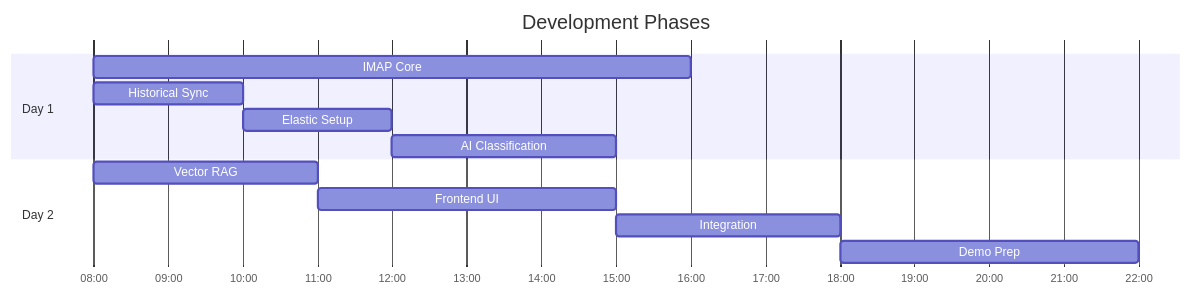
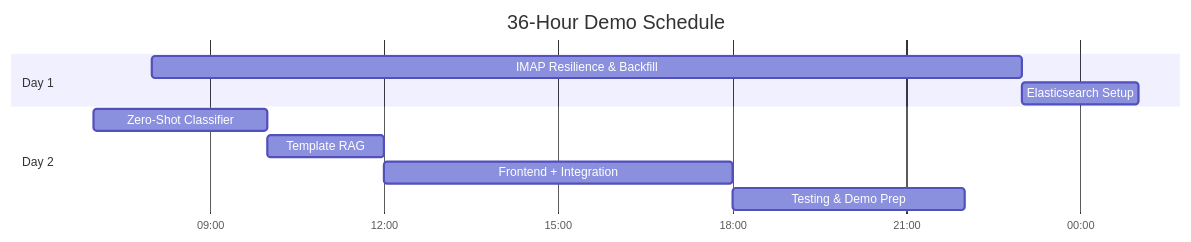
Before and after one commit to ALOK-Yeager/Alokit_Onebox: the second of 2 diagrams in architecture.md, drawn with Mermaid. The commit also changed other lines of this file, not shown here.

First line of the commit message:
Update architecture.md

````diff
--- a/architecture.md
+++ b/architecture.md
@@ -146,18 +220,16 @@
 ```mermaid
 gantt
-    title Development Phases
-    dateFormat  HH-mm
-    axisFormat %H:%M
-    
-    section Day 1
-    IMAP Core        : 08-00, 8h
-    Historical Sync  : 08-00, 2h
-    Elastic Setup    : 10-00, 2h
-    AI Classification: 12-00, 3h
-    
-    section Day 2
-    Vector RAG       : 08-00, 3h
-    Frontend UI      : 11-00, 4h
-    Integration      : 15-00, 3h
-    Demo Prep        : 18-00, 4h
+  title 36-Hour Demo Schedule
+  dateFormat  HH:mm
+  axisFormat  %H:%M
+
+  section Day 1
+    IMAP Resilience & Backfill  :08:00, 15h
+    Elasticsearch Setup         :23:00, 2h
+
+  section Day 2
+    Zero-Shot Classifier        :07:00, 3h
+    Template RAG                :10:00, 2h
+    Frontend + Integration      :12:00, 6h
+    Testing & Demo Prep         :18:00, 4h
 ```
````
